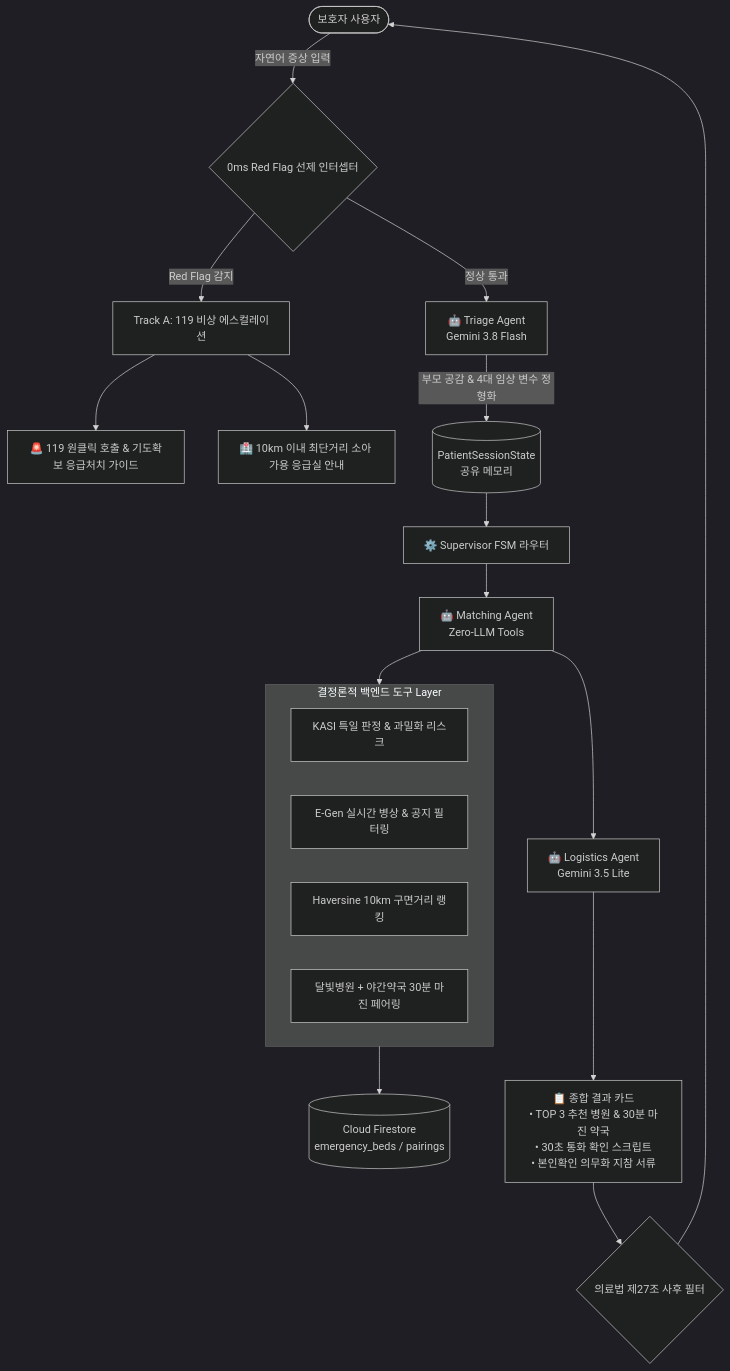
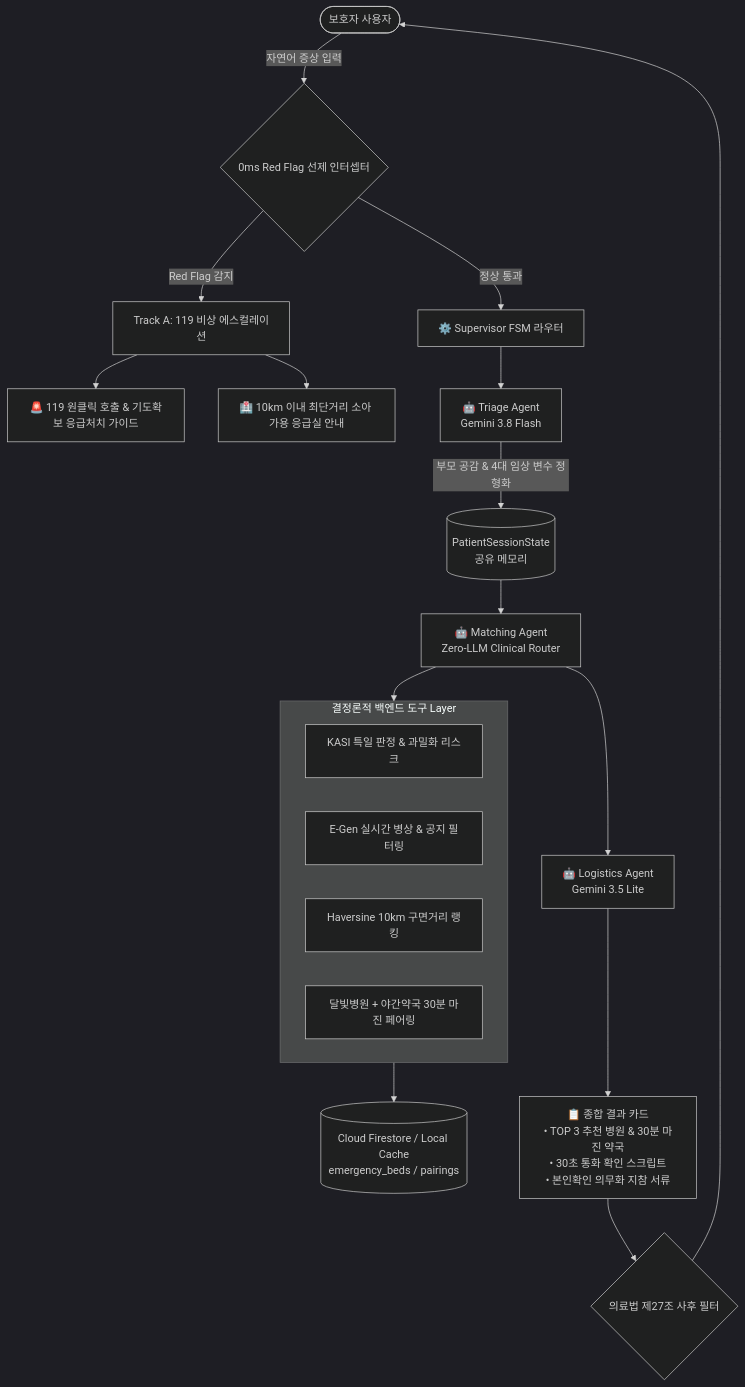
The diagram in PLAN.md (yeongsik0914/isoom), drawn with Mermaid (dark theme) before and after one commit. The commit also changed other lines of this file, not shown here.

````diff
--- a/PLAN.md
+++ b/PLAN.md
@@ -183,33 +224,33 @@
 ```mermaid
 flowchart TD
     User([보호자 사용자]) -->|자연어 증상 입력| Guardrail{0ms Red Flag 선제 인터셉터}
     
     %% Track A: 초응급
     Guardrail -->|Red Flag 감지| TrackA[Track A: 119 비상 에스컬레이션]
     TrackA --> EmergencyModal[🚨 119 원클릭 호출 & 기도확보 응급처치 가이드]
     TrackA --> NearestER[🏥 10km 이내 최단거리 소아 가용 응급실 안내]
     
     %% Track B: 일반 Triage
-    Guardrail -->|정상 통과| TriageAgent[🤖 Triage Agent<br/>Gemini 3.8 Flash]
+    Guardrail -->|정상 통과| Supervisor[⚙️ Supervisor FSM 라우터]
+    Supervisor --> TriageAgent[🤖 Triage Agent<br/>Gemini 3.8 Flash]
     TriageAgent -->|부모 공감 & 4대 임상 변수 정형화| StateDTO[(PatientSessionState<br/>공유 메모리)]
     
-    StateDTO --> Supervisor[⚙️ Supervisor FSM 라우터]
-    Supervisor --> MatchingAgent[🤖 Matching Agent<br/>Zero-LLM Tools]
+    StateDTO --> MatchingAgent[🤖 Matching Agent<br/>Zero-LLM Clinical Router]
     
     %% Tools
     subgraph Zero_LLM_Tools [결정론적 백엔드 도구 Layer]
         KASI[KASI 특일 판정 & 과밀화 리스크]
         EGEN[E-Gen 실시간 병상 & 공지 필터링]
         SPATIAL[Haversine 10km 구면거리 랭킹]
         PAIRING[달빛병원 + 야간약국 30분 마진 페어링]
     end
     
     MatchingAgent --> Zero_LLM_Tools
-    Zero_LLM_Tools --> Firestore[(Cloud Firestore<br/>emergency_beds / pairings)]
+    Zero_LLM_Tools --> Firestore[(Cloud Firestore / Local Cache<br/>emergency_beds / pairings)]
     
     MatchingAgent --> LogisticsAgent[🤖 Logistics Agent<br/>Gemini 3.5 Lite]
     LogisticsAgent --> ResultCard[📋 종합 결과 카드<br/>• TOP 3 추천 병원 & 30분 마진 약국<br/>• 30초 통화 확인 스크립트<br/>• 본인확인 의무화 지참 서류]
     
     ResultCard --> Sanitizer{의료법 제27조 사후 필터}
     Sanitizer --> User
 ```
````
